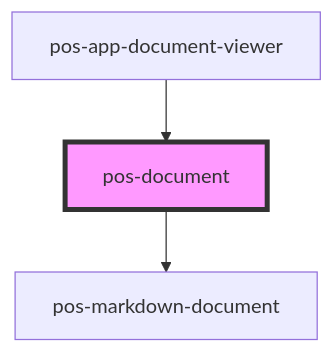
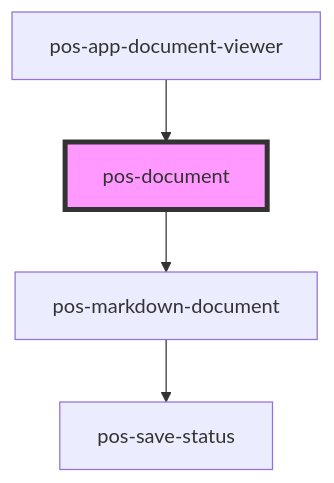
One commit to pod-os/PodOS changed the diagram in docs/elements/components/pos-document/readme.md. Above: the diagram before and after it, drawn with Mermaid. The commit also changed 4 other files, not shown here.

````diff
--- a/docs/elements/components/pos-document/readme.md
+++ b/docs/elements/components/pos-document/readme.md
@@ -36,6 +36,7 @@
 ```mermaid
 graph TD;
   pos-document --> pos-markdown-document
+  pos-markdown-document --> pos-save-status
   pos-app-document-viewer --> pos-document
   style pos-document fill:#f9f,stroke:#333,stroke-width:4px
 ```
````
